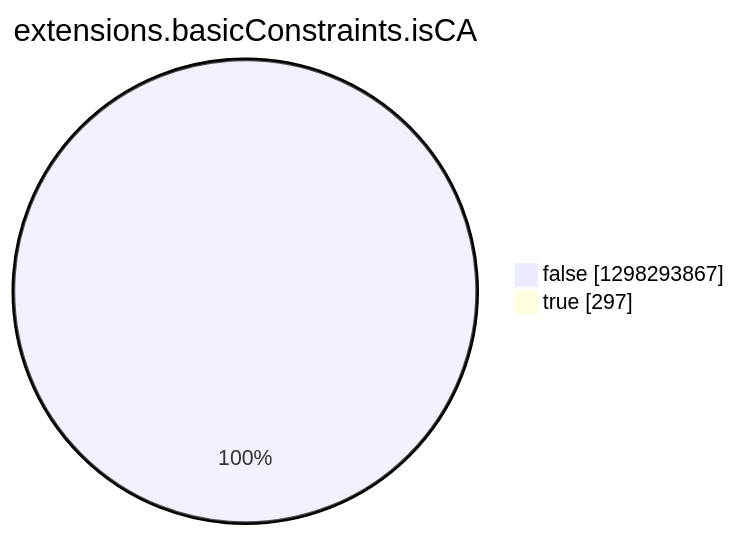
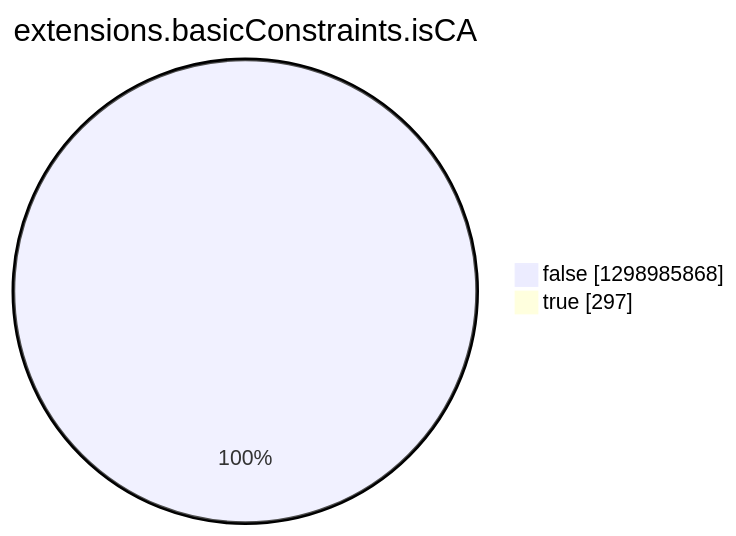
One commit to christiankrug/ctmonitor_visualization changed the eighth of 15 diagrams in argon2022/README.md. Above: the diagram before and after it, drawn with Mermaid. The commit also changed other lines of this file, not shown here.

````diff
--- a/argon2022/README.md
+++ b/argon2022/README.md
@@ -2757,6 +2757,6 @@
 ```mermaid
 pie showData
 title extensions.basicConstraints.isCA
-"false" :1298293867
+"false" :1298985868
 "true" :297
 ```
````
